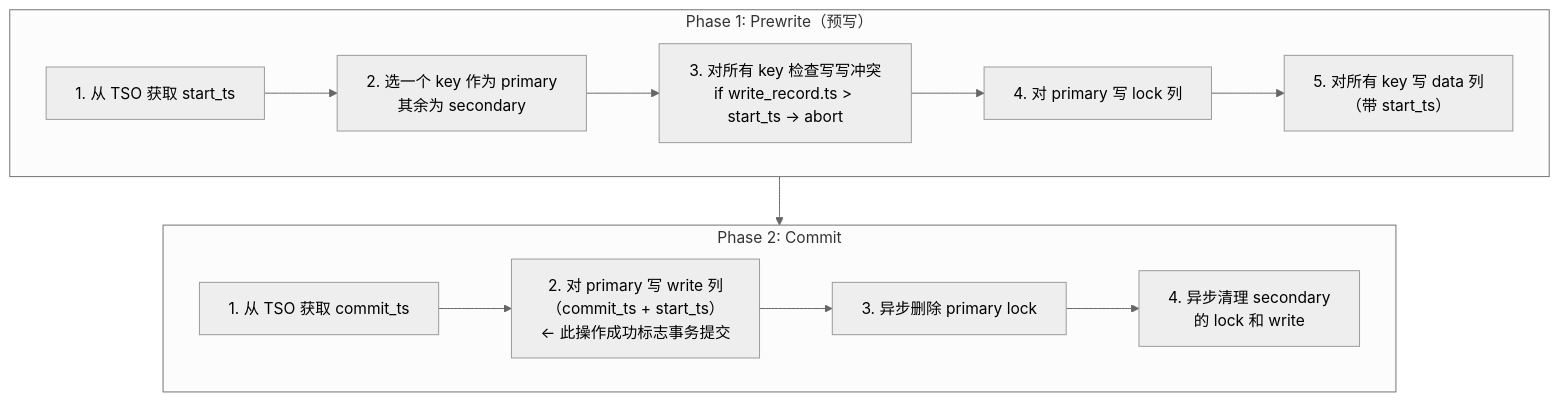
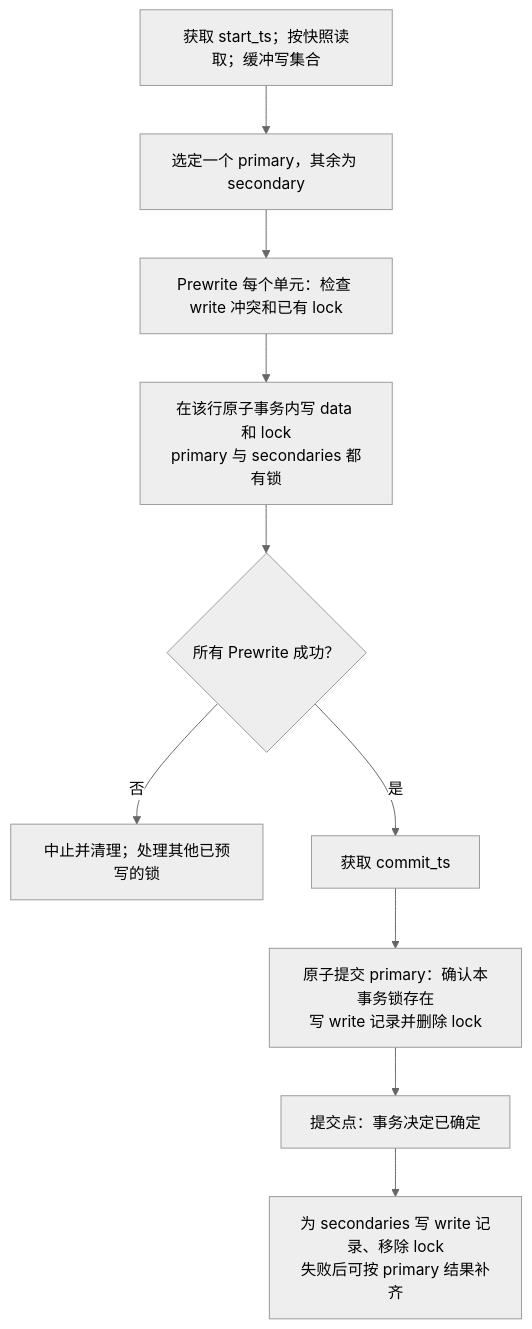
Before and after one commit to BryantChang1992/ai_wikis: the seventh of 15 diagrams in 知识库/wiki/事务模型深度调研.md, drawn with Mermaid (neutral theme). The commit also changed other lines of this file and 205 other files, not shown here.

Commit message:
Review knowledge evidence, deepen paper notes, and standardize Mermaid diagrams

````diff
--- a/知识库/wiki/事务模型深度调研.md
+++ b/知识库/wiki/事务模型深度调研.md
@@ -485,19 +433,12 @@
 ```mermaid
 flowchart TB
-    subgraph Phase1["Phase 1: Prewrite（预写）"]
-        P1["1. 从 TSO 获取 start_ts"]
-        P2["2. 选一个 key 作为 primary<br/>其余为 secondary"]
-        P3["3. 对所有 key 检查写写冲突<br/>if write_record.ts > start_ts → abort"]
-        P4["4. 对 primary 写 lock 列"]
-        P5["5. 对所有 key 写 data 列<br/>（带 start_ts）"]
-        P1 --> P2 --> P3 --> P4 --> P5
-    end
-    Phase1 --> Phase2
-    subgraph Phase2["Phase 2: Commit"]
-        C1["1. 从 TSO 获取 commit_ts"]
-        C2["2. 对 primary 写 write 列<br/>（commit_ts + start_ts）<br/>← 此操作成功标志事务提交"]
-        C3["3. 异步删除 primary lock"]
-        C4["4. 异步清理 secondary<br/>的 lock 和 write"]
-        C1 --> C2 --> C3 --> C4
-    end
+    S["获取 start_ts；按快照读取；缓冲写集合"] --> P["选定一个 primary，其余为 secondary"]
+    P --> W["Prewrite 每个单元：检查 write 冲突和已有 lock"]
+    W --> L["在该行原子事务内写 data 和 lock<br/>primary 与 secondaries 都有锁"]
+    L --> A{"所有 Prewrite 成功？"}
+    A -->|"否"| X["中止并清理；处理其他已预写的锁"]
+    A -->|"是"| T["获取 commit_ts"]
+    T --> C["原子提交 primary：确认本事务锁存在<br/>写 write 记录并删除 lock"]
+    C --> E["提交点：事务决定已确定"]
+    E --> F["为 secondaries 写 write 记录、移除 lock<br/>失败后可按 primary 结果补齐"]
 ```
````
